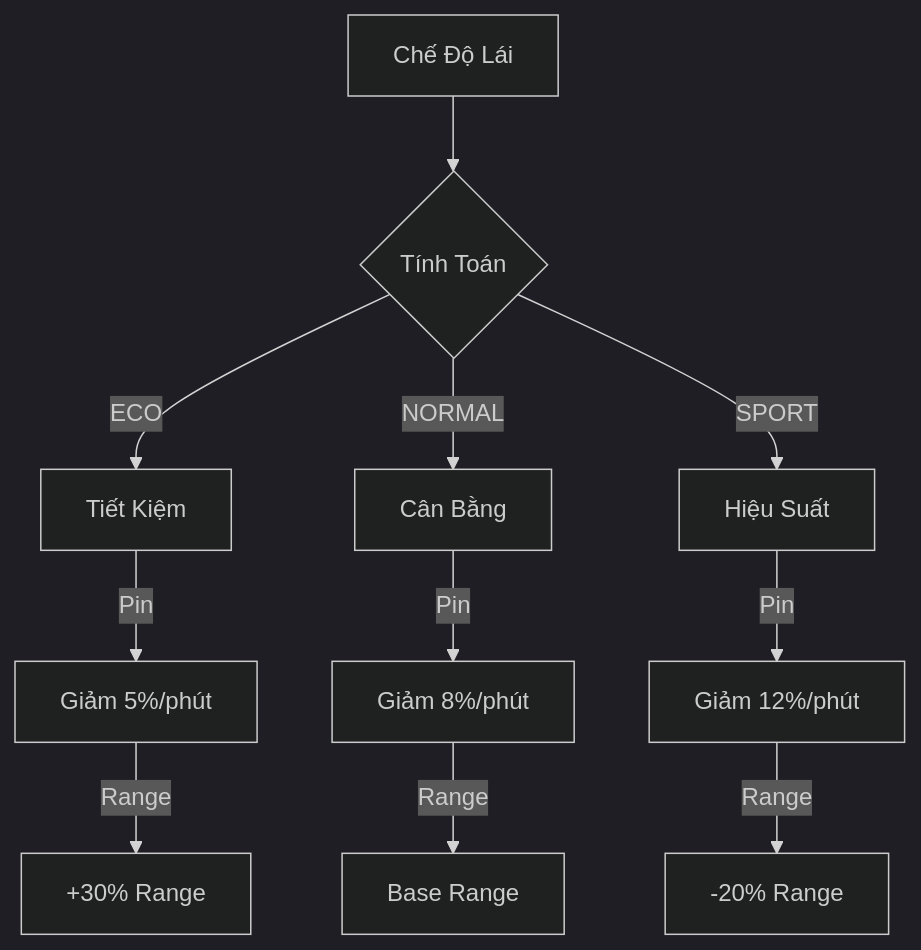
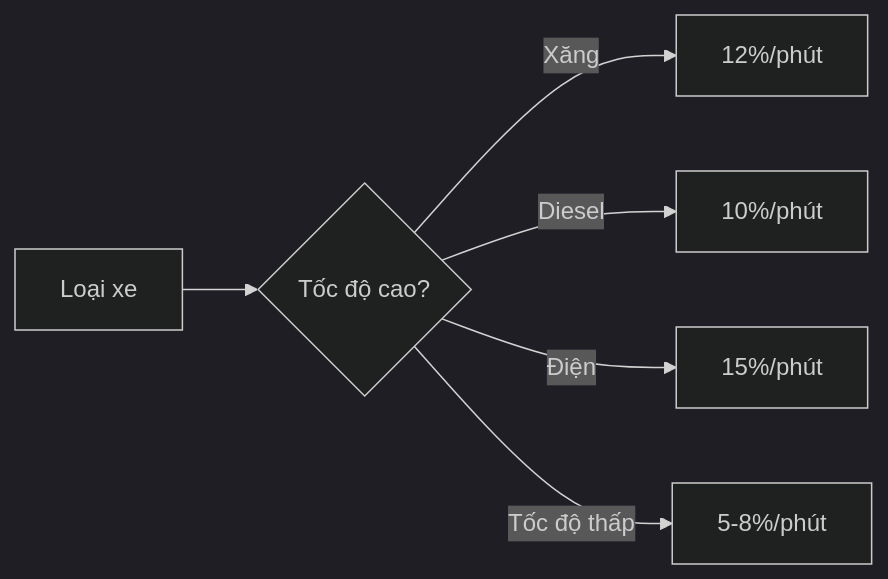
Before and after one commit to anhducad1111/car-dashboard: the fourth of 4 diagrams in README.md, drawn with Mermaid (dark theme). The commit also changed other lines of this file, not shown here.

````diff
--- a/README.md
+++ b/README.md
@@ -130,15 +96,9 @@
 ```mermaid
-graph TD
-    A[Chế Độ Lái] --> B{Tính Toán}
-    B -->|ECO| C[Tiết Kiệm]
-    B -->|NORMAL| D[Cân Bằng]
-    B -->|SPORT| E[Hiệu Suất]
-
-    C -->|Pin| F[Giảm 5%/phút]
-    D -->|Pin| G[Giảm 8%/phút]
-    E -->|Pin| H[Giảm 12%/phút]
-
-    F -->|Range| I[+30% Range]
-    G -->|Range| J[Base Range]
-    H -->|Range| K[-20% Range]
+graph LR
+    A[Loại xe] --> B{Tốc độ cao?}
+    B -->|Xăng| C[12%/phút]
+    B -->|Diesel| D[10%/phút]
+    B -->|Điện| E[15%/phút]
+    
+    B -->|Tốc độ thấp| F[5-8%/phút]
 ```
````
